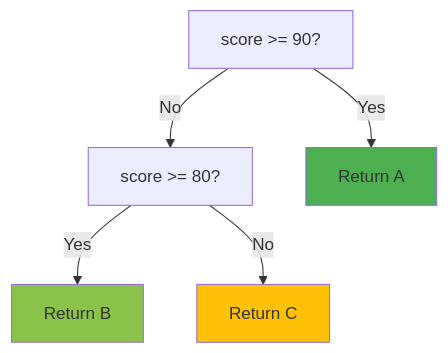
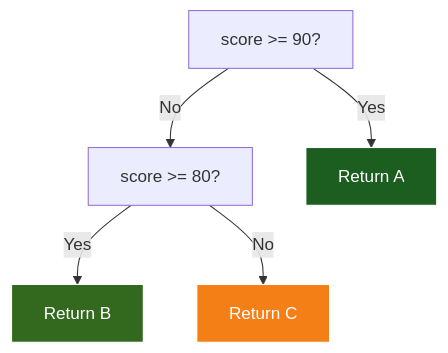
One commit to specialized806/jaseci changed the second of 3 diagrams in jac/examples/reference/expressions.md. Above: the diagram before and after it, drawn with Mermaid. The commit also changed other lines of this file and 13 other files, not shown here.

Commit message:
imporve spec diagram styles

````diff
--- a/jac/examples/reference/expressions.md
+++ b/jac/examples/reference/expressions.md
@@ -47,11 +47,11 @@
 ```mermaid
 graph TD
     A[score >= 90?] -->|No| B[score >= 80?]
     A -->|Yes| C[Return A]
     B -->|Yes| D[Return B]
     B -->|No| E[Return C]
 
-    style C fill:#4caf50
-    style D fill:#8bc34a
-    style E fill:#ffc107
+    style C fill:#1b5e20,stroke:#fff,color:#fff
+    style D fill:#33691e,stroke:#fff,color:#fff
+    style E fill:#f57f17,stroke:#fff,color:#fff
 ```
````
